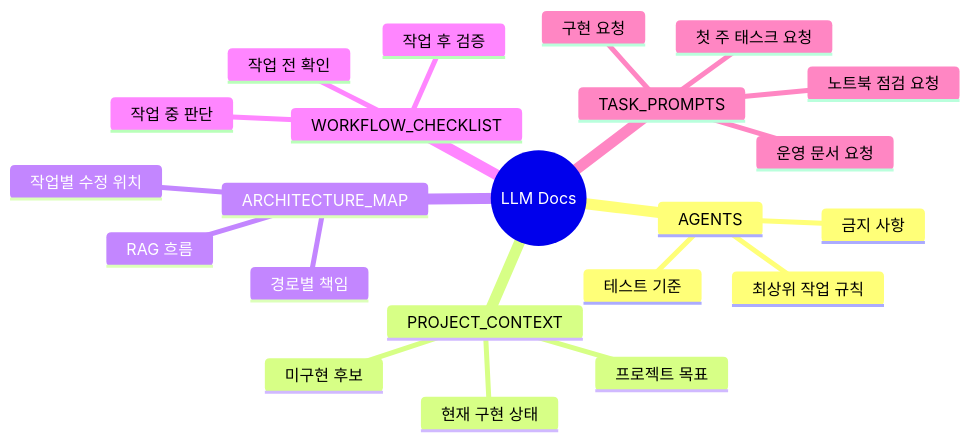
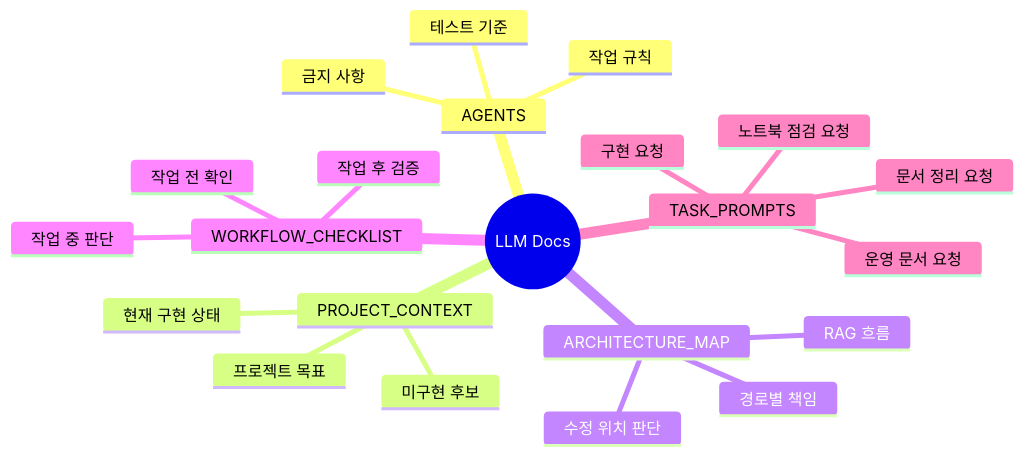
One commit to Codeit-Part3-6Team/Codeit-Part3-6Team-Project changed the diagram in docs/llm/README.md. Above: the diagram before and after it, drawn with Mermaid. The commit also changed other lines of this file and 33 other files, not shown here.

````diff
--- a/docs/llm/README.md
+++ b/docs/llm/README.md
@@ -7,25 +7,25 @@
 ```mermaid
 mindmap
   root((LLM Docs))
     AGENTS
-      최상위 작업 규칙
+      작업 규칙
       테스트 기준
       금지 사항
     PROJECT_CONTEXT
       프로젝트 목표
       현재 구현 상태
       미구현 후보
     ARCHITECTURE_MAP
       경로별 책임
-      작업별 수정 위치
+      수정 위치 판단
       RAG 흐름
     WORKFLOW_CHECKLIST
       작업 전 확인
       작업 중 판단
       작업 후 검증
     TASK_PROMPTS
       구현 요청
       운영 문서 요청
-      첫 주 태스크 요청
       노트북 점검 요청
+      문서 정리 요청
 ```
````
